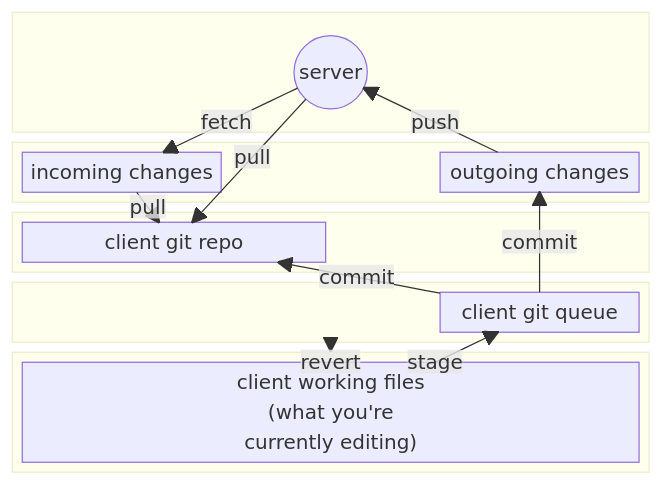
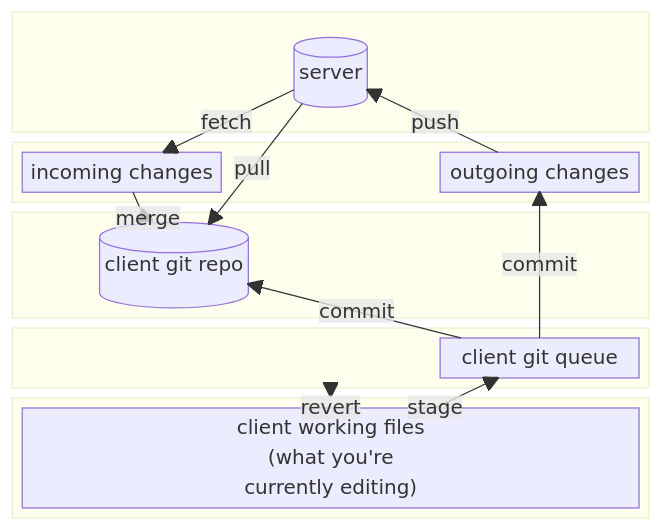
The diagram in how-git-works.md (moojor224/random-files), drawn with Mermaid before and after one commit.

Commit message:
update git flowchart

````diff
--- a/how-git-works.md
+++ b/how-git-works.md
@@ -23,34 +23,34 @@
 ```mermaid
 block-beta
 columns 1
     block:SERVER:3
-        server(("server"))
+        server[("server")]
     end
 
     block:IO:3
         ichanges["incoming changes"] space ochanges["outgoing changes"]
     end
 
     block:CGIT:3
-        cgit["client git repo"] space
+        cgit[("client git repo")] space
     end
 
     block:QUEUE:3
         space space cgq["client git queue"]
     end
 
     block:CLIENT:3
         clientw["client working files
 (what you're
 currently editing)"]
     end
     
     server--"fetch"-->ichanges
     ochanges--"push"-->server
     clientw--"stage"-->cgq
     QUEUE--"revert"-->clientw
     cgq--"commit"-->cgit
     cgq--"commit"-->ochanges
-    ichanges--"pull"-->cgit
+    ichanges--"merge"-->cgit
     server--"pull"-->cgit
 ```
````
